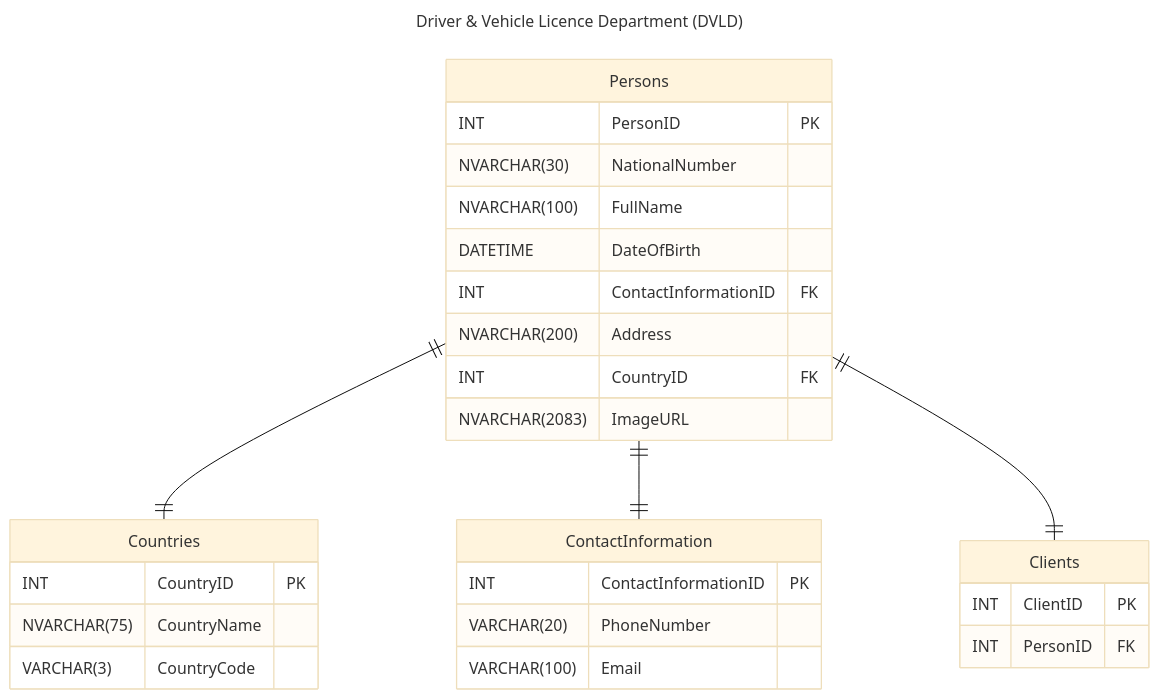
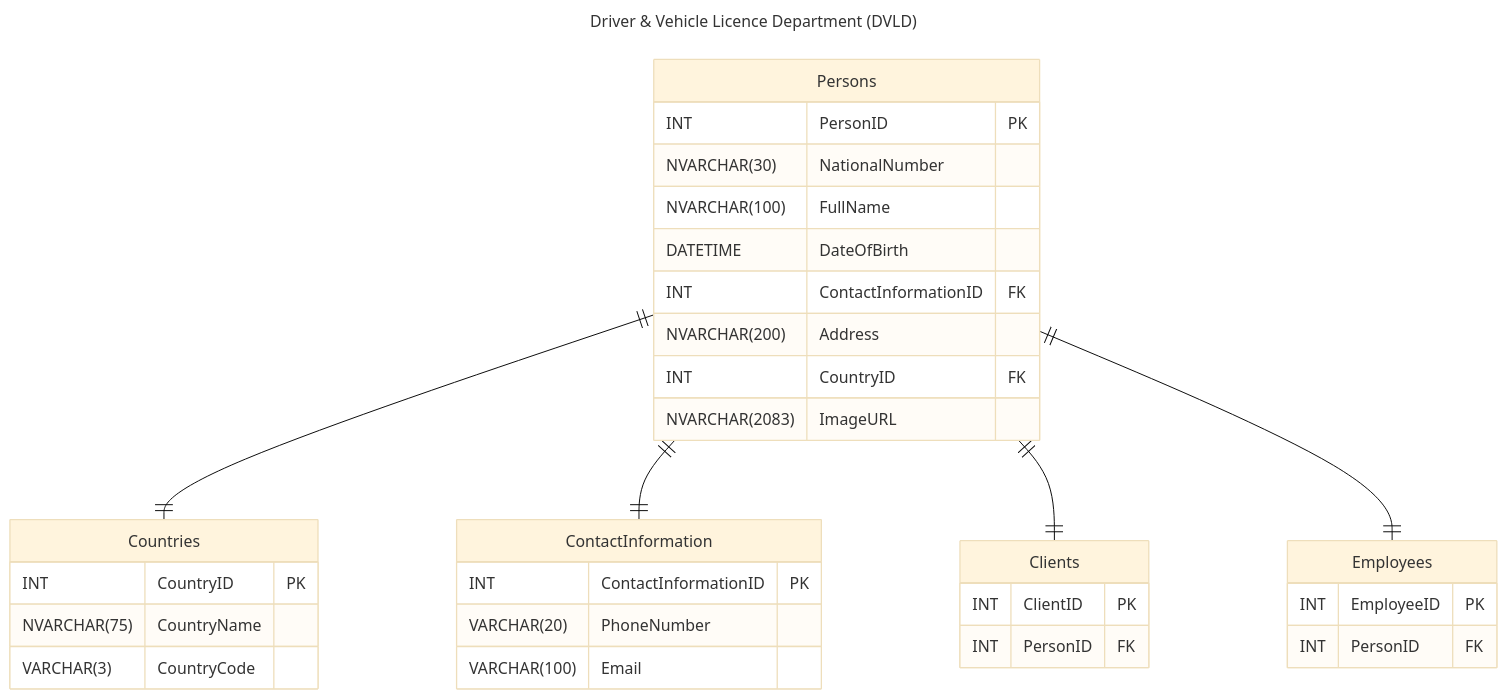
Before and after one commit to M4MD24/Full-Real-Project-by-Programming-Advices: the diagram in RelationalSchema/DriverAndVehicleLicensingDepartment.mmd, drawn with Mermaid (base theme).

Commit message:
Create (Employees) Tables and Set Relationships

```diff
--- a/RelationalSchema/DriverAndVehicleLicensingDepartment.mmd
+++ b/RelationalSchema/DriverAndVehicleLicensingDepartment.mmd
@@ -1,32 +1,37 @@
 ---
 title: Driver & Vehicle Licence Department (DVLD)
 ---
 erDiagram
     Persons {
         INT PersonID PK
         NVARCHAR(30) NationalNumber
         NVARCHAR(100) FullName
         DATETIME DateOfBirth
         INT ContactInformationID FK
         NVARCHAR(200) Address
         INT CountryID FK
         NVARCHAR(2083) ImageURL
     }
     Countries {
         INT CountryID PK
         NVARCHAR(75) CountryName
         VARCHAR(3) CountryCode
     }
     ContactInformation {
         INT ContactInformationID PK
         VARCHAR(20) PhoneNumber
         VARCHAR(100) Email
     }
     Clients {
         INT ClientID PK
         INT PersonID FK
     }
+    Employees {
+        INT EmployeeID PK
+        INT PersonID FK
+    }
 
     Persons ||--|| Countries: ""
     Persons ||--|| ContactInformation: ""
     Persons ||--|| Clients: ""
+    Persons ||--|| Employees: ""
```
